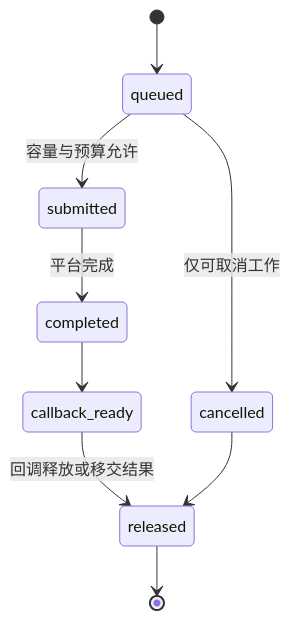
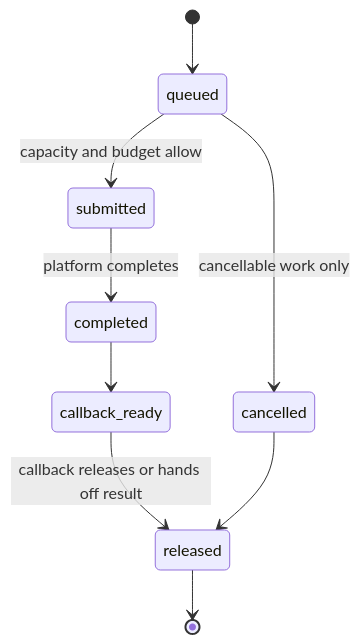
Before and after one commit to viloris-org/Pico: the diagram in docs/architecture/io-scheduling.md, drawn with Mermaid. The commit also changed other lines of this file and 30 other files, not shown here.

````diff
--- a/docs/architecture/io-scheduling.md
+++ b/docs/architecture/io-scheduling.md
@@ -119,11 +78,11 @@
 ```mermaid
 stateDiagram-v2
   [*] --> queued
-  queued --> submitted: 容量与预算允许
-  queued --> cancelled: 仅可取消工作
-  submitted --> completed: 平台完成
+  queued --> submitted: capacity and budget allow
+  queued --> cancelled: cancellable work only
+  submitted --> completed: platform completes
   completed --> callback_ready
-  callback_ready --> released: 回调释放或移交结果
+  callback_ready --> released: callback releases or hands off result
   cancelled --> released
   released --> [*]
 ```
````
